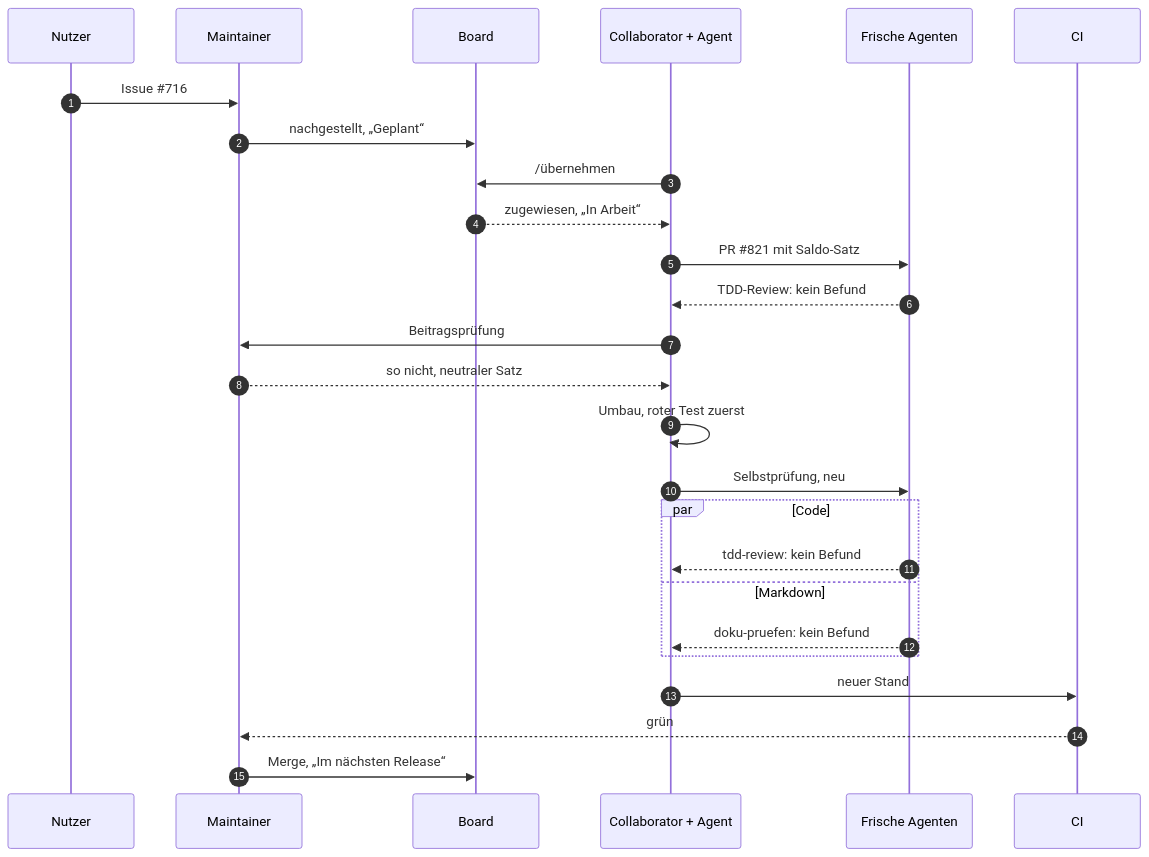
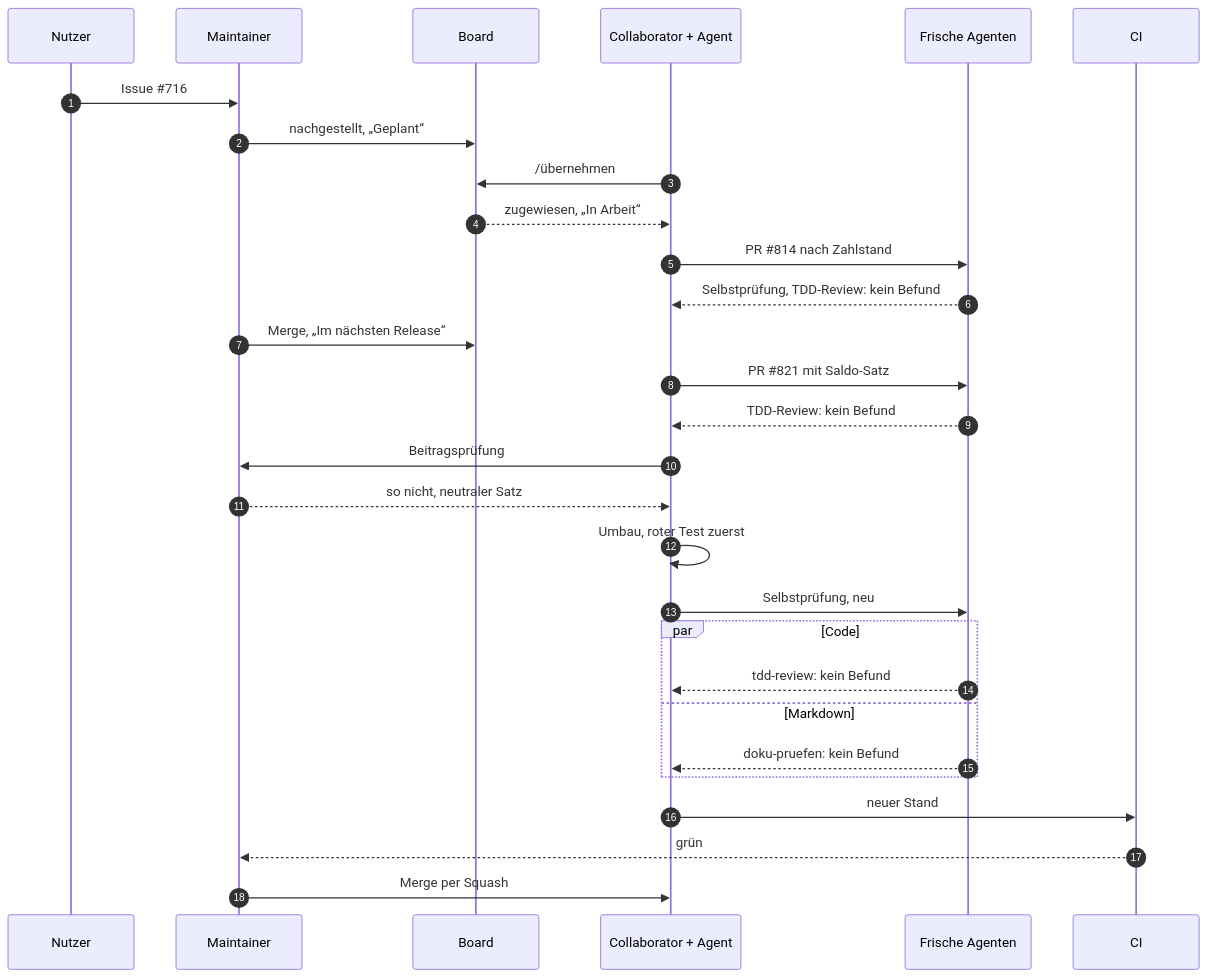
The second of 2 diagrams in docs/agentic-engineering.md (firsttris/haben), drawn with Mermaid before and after one commit. The commit also changed other lines of this file, not shown here.

````diff
--- a/docs/agentic-engineering.md
+++ b/docs/agentic-engineering.md
@@ -135,28 +135,31 @@
 ```mermaid
 sequenceDiagram
   autonumber
   participant N as Nutzer
   participant M as Maintainer
   participant B as Board
   participant C as Collaborator + Agent
   participant P as Frische Agenten
   participant CI as CI
   N->>M: Issue #35;716
   M->>B: nachgestellt, „Geplant“
   C->>B: /übernehmen
   B-->>C: zugewiesen, „In Arbeit“
+  C->>P: PR #35;814 nach Zahlstand
+  P-->>C: Selbstprüfung, TDD-Review: kein Befund
+  M->>B: Merge, „Im nächsten Release“
   C->>P: PR #35;821 mit Saldo-Satz
   P-->>C: TDD-Review: kein Befund
   C->>M: Beitragsprüfung
   M-->>C: so nicht, neutraler Satz
   C->>C: Umbau, roter Test zuerst
   C->>P: Selbstprüfung, neu
   par Code
     P-->>C: tdd-review: kein Befund
   and Markdown
     P-->>C: doku-pruefen: kein Befund
   end
   C->>CI: neuer Stand
   CI-->>M: grün
-  M->>B: Merge, „Im nächsten Release“
+  M->>C: Merge per Squash
 ```
````
